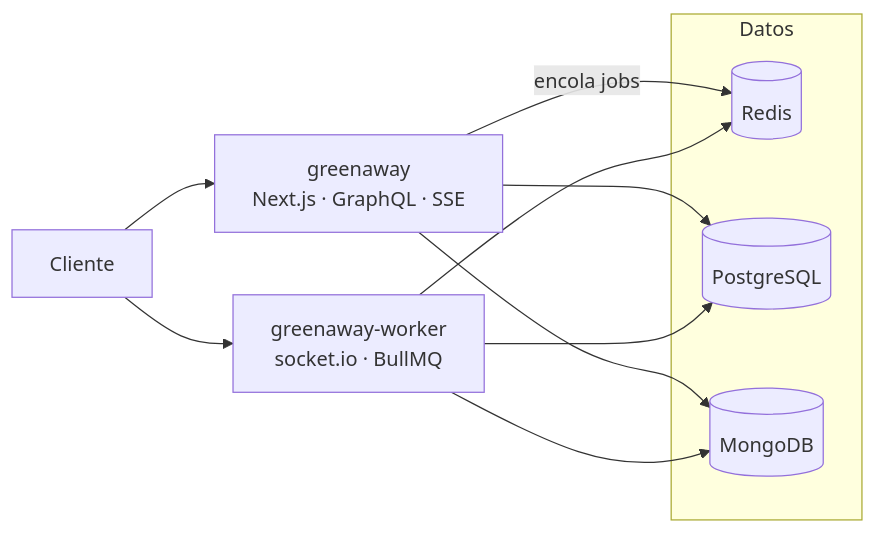
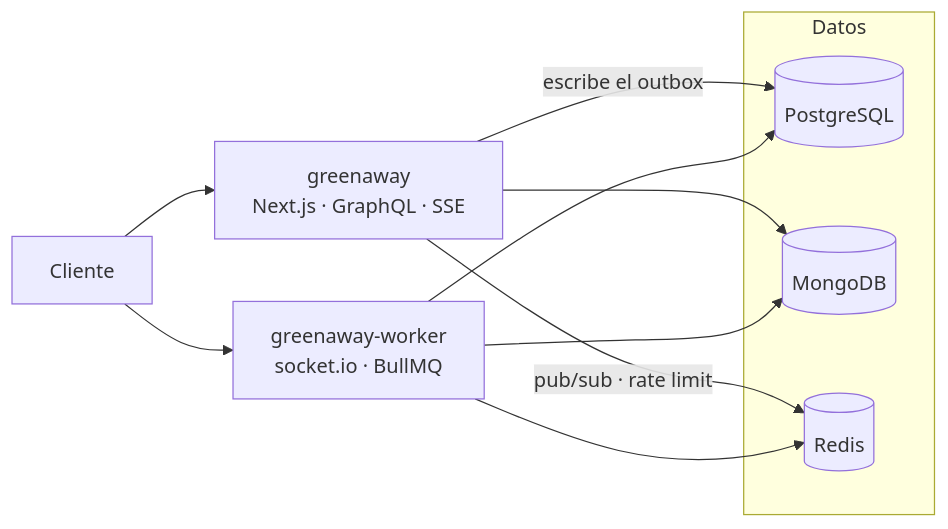
One commit to agustisera1/bookings_app changed the diagram in README.md. Above: the diagram before and after it, drawn with Mermaid. The commit also changed other lines of this file, not shown here.

Commit message:
docs: README al día con la estructura por services y el outbox

````diff
--- a/README.md
+++ b/README.md
@@ -31,13 +31,14 @@
 ```mermaid
 flowchart LR
   U[Cliente] --> APP["greenaway<br/>Next.js · GraphQL · SSE"]
   U --> WRK["greenaway-worker<br/>socket.io · BullMQ"]
-  APP -->|encola jobs| RD
-  APP --> PG & MG
+  APP -->|escribe el outbox| PG
+  APP --> MG
+  APP -->|pub/sub · rate limit| RD
   WRK --> PG & MG & RD
   subgraph Datos
     PG[(PostgreSQL)]
     MG[(MongoDB)]
     RD[(Redis)]
   end
 ```
````
